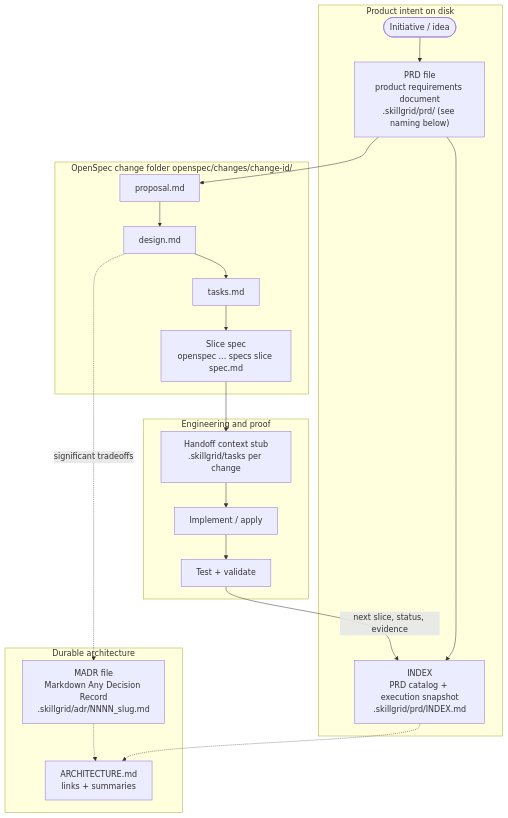
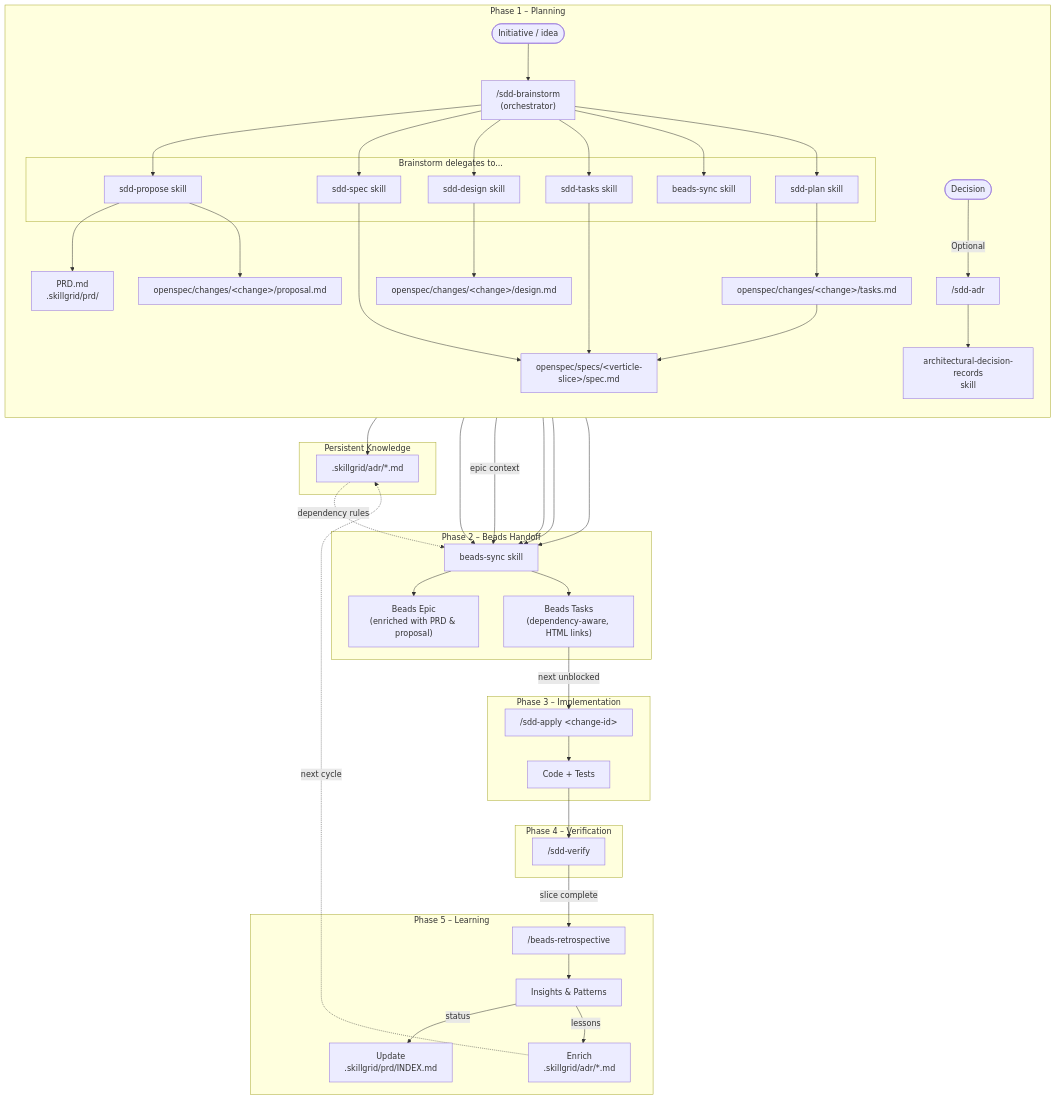
One commit to devopstales/aiskillgrid changed the diagram in docs/03-skillgrid-logic.md. Above: the diagram before and after it, drawn with Mermaid. The commit also changed other lines of this file and 2 other files, not shown here.

Commit message:
docs: add beads plan

````diff
--- a/docs/03-skillgrid-logic.md
+++ b/docs/03-skillgrid-logic.md
@@ -9,40 +9,89 @@
 ```mermaid
 flowchart TB
-  subgraph Intent["Product intent on disk"]
-    Idea([Initiative / idea])
-    PRDNode["PRD file<br/>product requirements document<br/>.skillgrid/prd/ (see naming below)"]
-    IndexNode["INDEX<br/>PRD catalog + execution snapshot<br/>.skillgrid/prd/INDEX.md"]
+  %% ── Planning Phase (from docs/skills.md) ──
+  subgraph Planning["Phase 1 – Planning"]
+    direction TB
+    Decision(["Decision"])
+    ADR["/sdd-adr"]
+    AdrSkill["architectural-decision-records<br/>skill"]
+
+    Idea(["Initiative / idea"])
+
+    Brainstorm["/sdd-brainstorm<br/>(orchestrator)"]
+    subgraph BrainstormInternals["Brainstorm delegates to..."]
+      ProposeSkill["sdd-propose skill"]
+      SpecSkill["sdd-spec skill"]
+      DesignSkill["sdd-design skill"]
+      TasksSkill["sdd-tasks skill"]
+      PlanSkill["sdd-plan skill"]
+      BeadsSyncSkill1["beads-sync skill"]
+    end
+    PRD["PRD.md<br/>.skillgrid/prd/"]
+    Prop["openspec/changes/&lt;change&gt;/proposal.md"]
+    Tasks["openspec/changes/&lt;change&gt;/tasks.md"]
+    Design["openspec/changes/&lt;change&gt;/design.md"]
+    Specs["openspec/specs/&lt;verticle-slice&gt;/spec.md"]
   end
 
-  subgraph Change["OpenSpec change folder openspec/changes/change-id/"]
-    Prop[proposal.md]
-    Des[design.md]
-    Task[tasks.md]
-    Slice["Slice spec<br/>openspec ... specs slice spec.md"]
+  %% ── Beads Handoff Phase ──
+  subgraph Handoff["Phase 2 – Beads Handoff"]
+    BeadsSyncSkill2["beads-sync skill"]
+    Epic["Beads Epic<br/>(enriched with PRD &amp; proposal)"]
+    BeadsTasks["Beads Tasks<br/>(dependency‑aware, HTML links)"]
   end
 
-  subgraph Loop["Engineering and proof"]
-    Ctx["Handoff context stub<br/>.skillgrid/tasks per change"]
-    Impl[Implement / apply]
-    TV["Test + validate"]
+  %% ── Implementation & Verification ──
+  subgraph Engineering["Phase 3 – Implementation"]
+    Impl["/sdd-apply &lt;change-id&gt;"]
+    Code["Code + Tests"]
   end
 
-  subgraph Decisions["Durable architecture"]
-    Madr["MADR file<br/>Markdown Any Decision Record<br/>.skillgrid/adr/NNNN_slug.md"]
-    Arch["ARCHITECTURE.md<br/>links + summaries"]
+  subgraph VerifyPhase["Phase 4 – Verification"]
+    VerCmd["/sdd-verify"]
   end
 
-  Idea --> PRDNode
-  PRDNode --> IndexNode
-  PRDNode --> Prop
-  Prop --> Des
-  Des --> Task
-  Task --> Slice
-  Slice --> Ctx
-  Ctx --> Impl
-  Impl --> TV
-  TV -->|"next slice, status, evidence"| IndexNode
-  Des -.->|"significant tradeoffs"| Madr
-  Madr -.-> Arch
-  IndexNode -.-> Arch
+  %% ── Retrospective & Learning ──
+  subgraph Retro["Phase 5 – Learning"]
+    RetroCmd["/beads-retrospective"]
+    Insights["Insights &amp; Patterns"]
+    UpdateIndex["Update<br/>.skillgrid/prd/INDEX.md"]
+    UpdateDecisions["Enrich<br/>.skillgrid/adr/*.md"]
+  end
+
+  subgraph Knowledge["Persistent Knowledge"]
+    DecFile[".skillgrid/adr/*.md"]
+  end
+
+  %% Connections
+  Decision -->|Optional| ADR --> AdrSkill --> DecFile
+  Idea --> Brainstorm
+  Brainstorm --> ProposeSkill --> PRD
+  Brainstorm --> SpecSkill --> Specs 
+  Brainstorm --> DesignSkill --> Design
+  Brainstorm --> TasksSkill --> Specs
+  Brainstorm --> BeadsSyncSkill1 --> BeadsSyncSkill2
+
+  Brainstorm --> PlanSkill
+  ProposeSkill --> Prop
+  PlanSkill --> Tasks
+  Tasks --> Specs
+
+  PRD -->|epic context| BeadsSyncSkill2
+  Prop --> BeadsSyncSkill2
+  Tasks --> BeadsSyncSkill2
+  Specs --> BeadsSyncSkill2
+  DecFile -.->|dependency rules| BeadsSyncSkill2
+
+  BeadsSyncSkill2 --> Epic
+  BeadsSyncSkill2 --> BeadsTasks
+
+  BeadsTasks -->|next unblocked| Impl
+  Impl --> Code
+  Code --> VerCmd
+  VerCmd -->|slice complete| RetroCmd
+  RetroCmd --> Insights
+  Insights -->|status| UpdateIndex
+  Insights -->|lessons| UpdateDecisions
+
+  UpdateDecisions -.->|next cycle| DecFile
 ```
````
